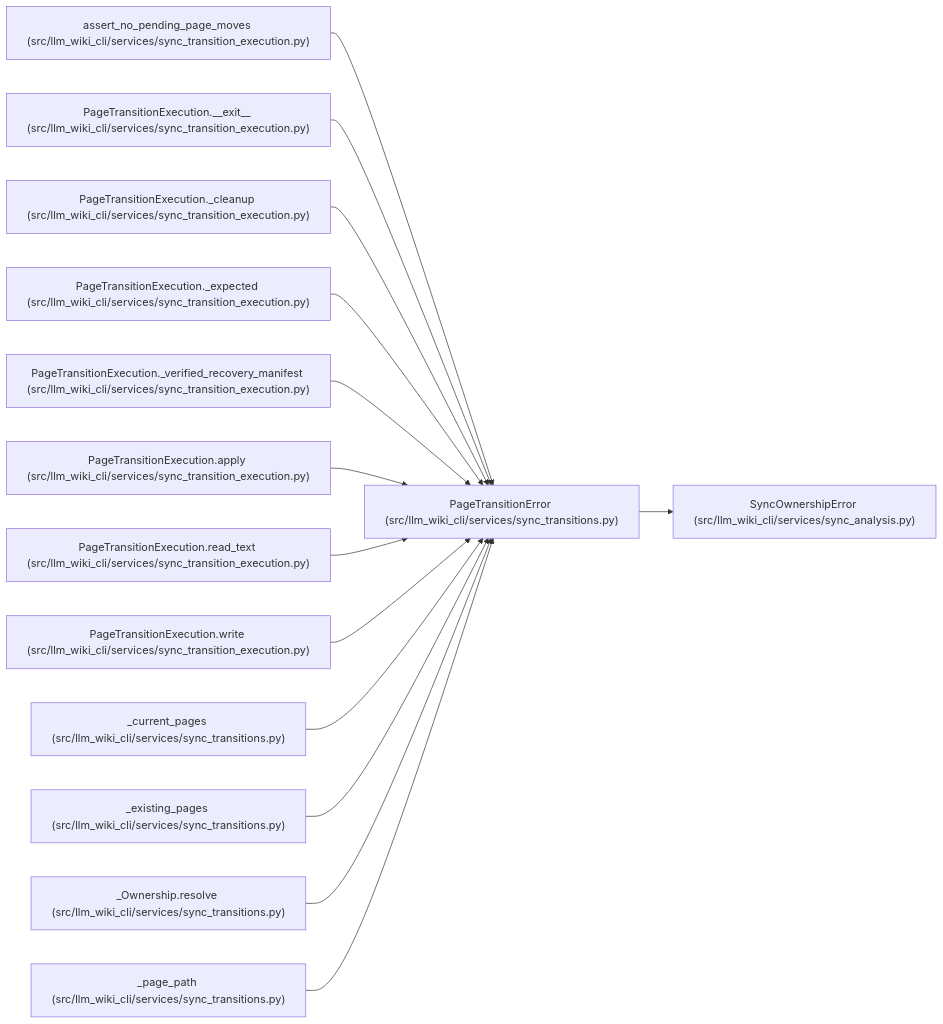
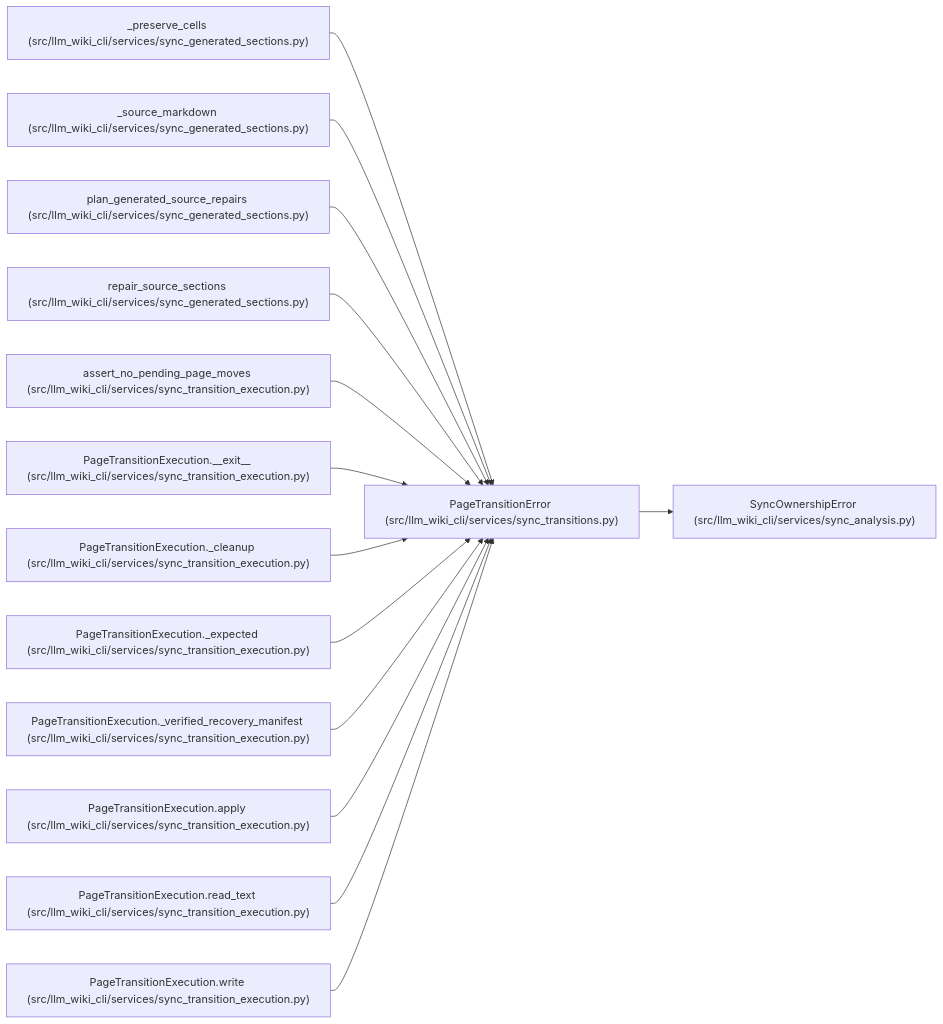
The diagram in docs/llm_wiki/entities/PageTransitionError.md (Denissvgn/python-wiki-llm), drawn with Mermaid before and after one commit. The commit also changed other lines of this file and 370 other files, not shown here.

Commit message:
docs(wiki): Document source-grounded retained section repairs

````diff
--- a/docs/llm_wiki/entities/PageTransitionError.md
+++ b/docs/llm_wiki/entities/PageTransitionError.md
@@ -23,44 +23,44 @@
 ```mermaid
 flowchart LR
     n0["PageTransitionError (src/llm_wiki_cli/services/sync_transitions.py)"]
     n1["SyncOwnershipError (src/llm_wiki_cli/services/sync_analysis.py)"]
-    n2["assert_no_pending_page_moves (src/llm_wiki_cli/services/sync_transition_execution.py)"]
-    n3["PageTransitionExecution.__exit__ (src/llm_wiki_cli/services/sync_transition_execution.py)"]
-    n4["PageTransitionExecution._cleanup (src/llm_wiki_cli/services/sync_transition_execution.py)"]
-    n5["PageTransitionExecution._expected (src/llm_wiki_cli/services/sync_transition_execution.py)"]
-    n6["PageTransitionExecution._verified_recovery_manifest (src/llm_wiki_cli/services/sync_transition_execution.py)"]
-    n7["PageTransitionExecution.apply (src/llm_wiki_cli/services/sync_transition_execution.py)"]
-    n8["PageTransitionExecution.read_text (src/llm_wiki_cli/services/sync_transition_execution.py)"]
-    n9["PageTransitionExecution.write (src/llm_wiki_cli/services/sync_transition_execution.py)"]
-    n10["_current_pages (src/llm_wiki_cli/services/sync_transitions.py)"]
-    n11["_existing_pages (src/llm_wiki_cli/services/sync_transitions.py)"]
-    n12["_Ownership.resolve (src/llm_wiki_cli/services/sync_transitions.py)"]
-    n13["_page_path (src/llm_wiki_cli/services/sync_transitions.py)"]
+    n2["_preserve_cells (src/llm_wiki_cli/services/sync_generated_sections.py)"]
+    n3["_source_markdown (src/llm_wiki_cli/services/sync_generated_sections.py)"]
+    n4["plan_generated_source_repairs (src/llm_wiki_cli/services/sync_generated_sections.py)"]
+    n5["repair_source_sections (src/llm_wiki_cli/services/sync_generated_sections.py)"]
+    n6["assert_no_pending_page_moves (src/llm_wiki_cli/services/sync_transition_execution.py)"]
+    n7["PageTransitionExecution.__exit__ (src/llm_wiki_cli/services/sync_transition_execution.py)"]
+    n8["PageTransitionExecution._cleanup (src/llm_wiki_cli/services/sync_transition_execution.py)"]
+    n9["PageTransitionExecution._expected (src/llm_wiki_cli/services/sync_transition_execution.py)"]
+    n10["PageTransitionExecution._verified_recovery_manifest (src/llm_wiki_cli/services/sync_transition_execution.py)"]
+    n11["PageTransitionExecution.apply (src/llm_wiki_cli/services/sync_transition_execution.py)"]
+    n12["PageTransitionExecution.read_text (src/llm_wiki_cli/services/sync_transition_execution.py)"]
+    n13["PageTransitionExecution.write (src/llm_wiki_cli/services/sync_transition_execution.py)"]
     n0 --> n1
     n2 --> n0
     n3 --> n0
     n4 --> n0
     n5 --> n0
     n6 --> n0
     n7 --> n0
     n8 --> n0
     n9 --> n0
     n10 --> n0
     n11 --> n0
     n12 --> n0
     n13 --> n0
     click n0 "../modules/sync_transitions.md"
     click n1 "../modules/sync_analysis.md"
-    click n2 "../modules/sync_transition_execution.md"
-    click n3 "../modules/sync_transition_execution.md"
-    click n4 "../modules/sync_transition_execution.md"
-    click n5 "../modules/sync_transition_execution.md"
+    click n2 "../modules/sync_generated_sections.md"
+    click n3 "../modules/sync_generated_sections.md"
+    click n4 "../modules/sync_generated_sections.md"
+    click n5 "../modules/sync_generated_sections.md"
     click n6 "../modules/sync_transition_execution.md"
     click n7 "../modules/sync_transition_execution.md"
     click n8 "../modules/sync_transition_execution.md"
     click n9 "../modules/sync_transition_execution.md"
-    click n10 "../modules/sync_transitions.md"
-    click n11 "../modules/sync_transitions.md"
-    click n12 "../modules/sync_transitions.md"
-    click n13 "../modules/sync_transitions.md"
+    click n10 "../modules/sync_transition_execution.md"
+    click n11 "../modules/sync_transition_execution.md"
+    click n12 "../modules/sync_transition_execution.md"
+    click n13 "../modules/sync_transition_execution.md"
 ```
````
